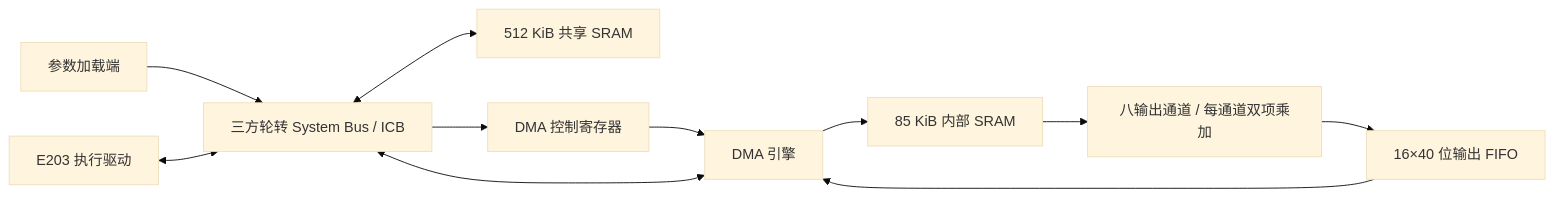
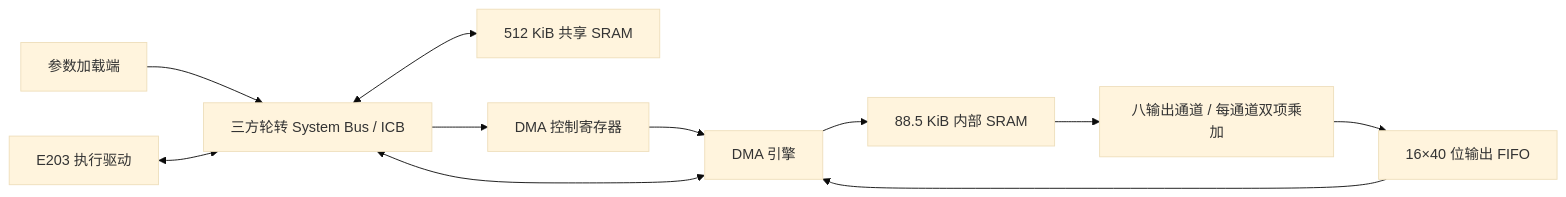
One commit to hhaxi/keyword_transfomer_accelerator changed the diagram in docs/architecture.md. Above: the diagram before and after it, drawn with Mermaid (base theme). The commit also changed other lines of this file and 26 other files, not shown here.

````diff
--- a/docs/architecture.md
+++ b/docs/architecture.md
@@ -67,13 +68,13 @@
 ```mermaid
 flowchart LR
     H[参数加载端] --> B[三方轮转 System Bus / ICB]
     C[E203 执行驱动] <--> B
     B <--> S[512 KiB 共享 SRAM]
     B --> A[DMA 控制寄存器]
     A --> E[DMA 引擎]
     E <--> B
-    E --> M[85 KiB 内部 SRAM]
+    E --> M[88.5 KiB 内部 SRAM]
     M --> D[八输出通道 / 每通道双项乘加]
     D --> O[16×40 位输出 FIFO]
     O --> E
 ```
````
